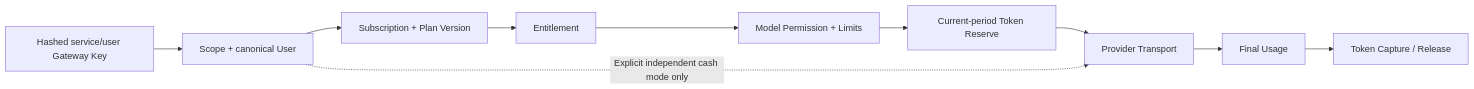
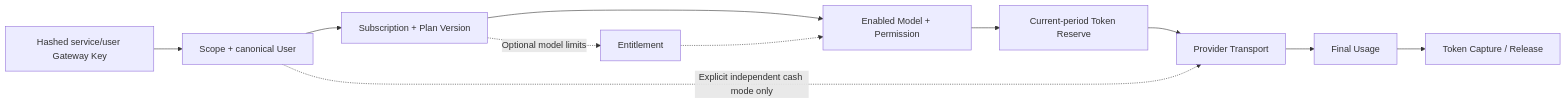
The diagram in docs/prd/modules/05-gateway.md (glide-the/dream-im-platform), drawn with Mermaid before and after one commit. The commit also changed other lines of this file and 15 other files, not shown here.

````diff
--- a/docs/prd/modules/05-gateway.md
+++ b/docs/prd/modules/05-gateway.md
@@ -40,11 +41,12 @@
 ```mermaid
 flowchart LR
   K["Hashed service/user Gateway Key"] --> Q["Scope + canonical User"]
-  Q --> S["Subscription + Plan Version"] --> E["Entitlement"]
-  E --> M["Model Permission + Limits"]
+  Q --> S["Subscription + Plan Version"] --> M["Enabled Model + Permission"]
+  S -. "Optional model limits" .-> E["Entitlement"]
+  E -.-> M
   M --> B["Current-period Token Reserve"]
   B --> P["Provider Transport"]
   P --> U["Final Usage"]
   U --> C["Token Capture / Release"]
   Q -. "Explicit independent cash mode only" .-> P
 ```
````
